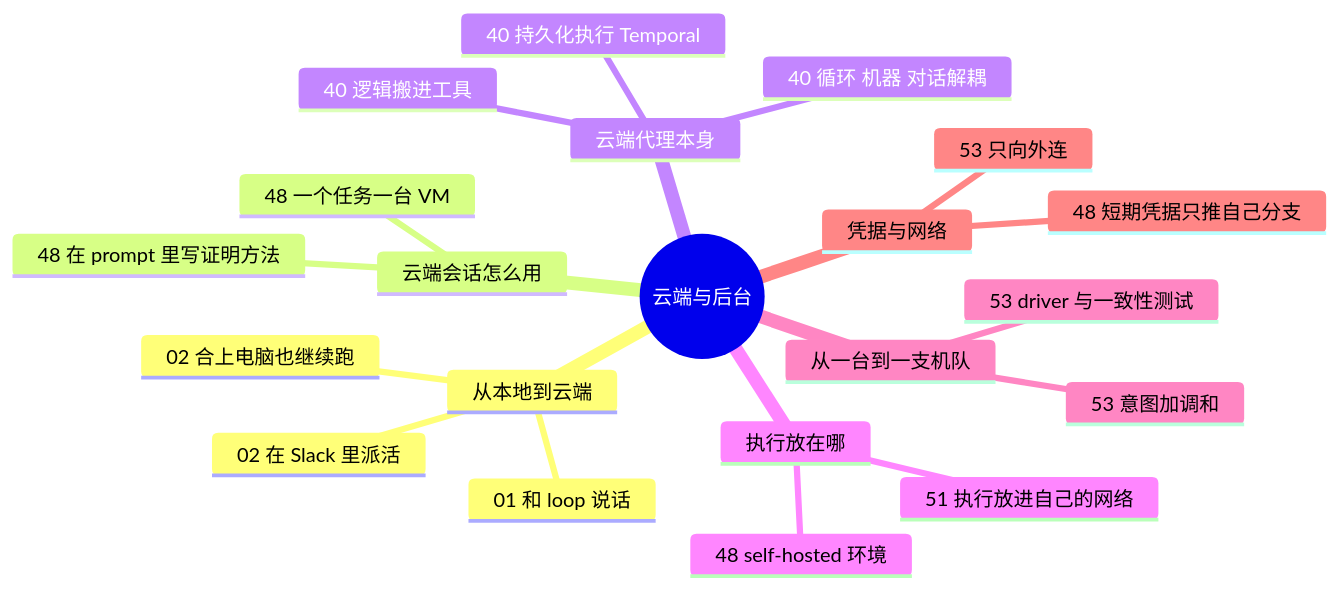
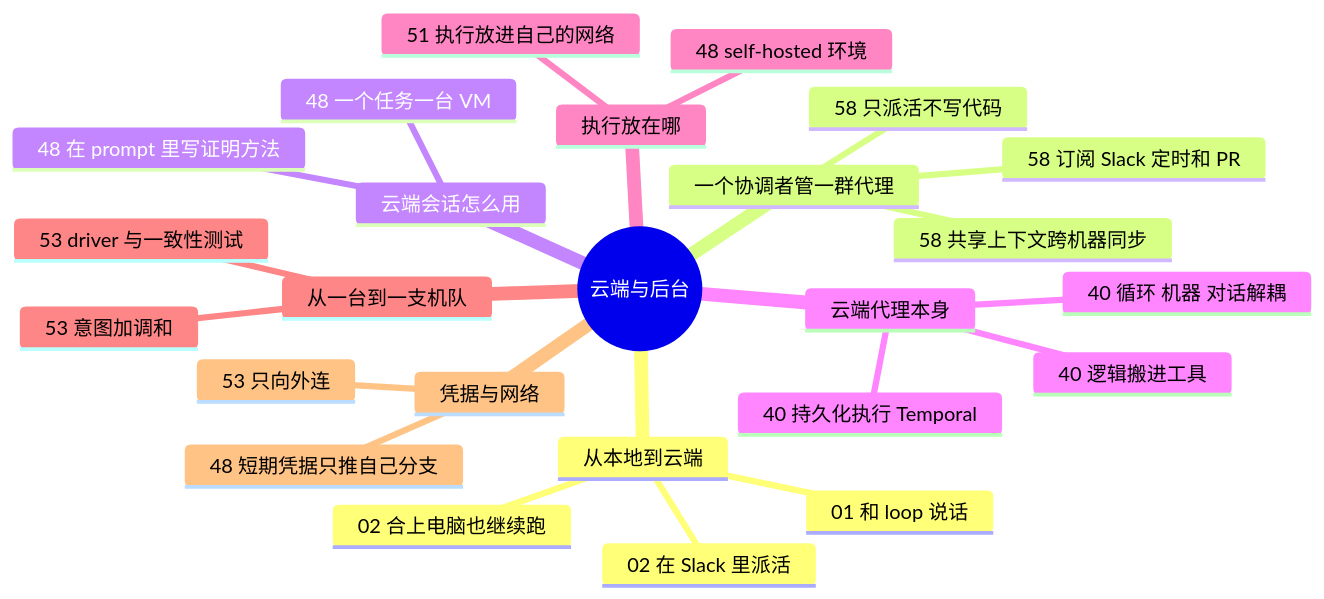
One commit to yzw7489757/ai-coding-videos changed the diagram in docs/guide/cloud.md. Above: the diagram before and after it, drawn with Mermaid. The commit also changed other lines of this file and 16 other files, not shown here.

````diff
--- a/docs/guide/cloud.md
+++ b/docs/guide/cloud.md
@@ -13,24 +13,28 @@
 ```mermaid
 mindmap
   root((云端与后台))
     从本地到云端
       01 和 loop 说话
       02 合上电脑也继续跑
       02 在 Slack 里派活
+    一个协调者管一群代理
+      58 只派活不写代码
+      58 共享上下文跨机器同步
+      58 订阅 Slack 定时和 PR
     云端会话怎么用
       48 一个任务一台 VM
       48 在 prompt 里写证明方法
     云端代理本身
       40 持久化执行 Temporal
       40 循环 机器 对话解耦
       40 逻辑搬进工具
     执行放在哪
       51 执行放进自己的网络
       48 self-hosted 环境
     从一台到一支机队
       53 意图加调和
       53 driver 与一致性测试
     凭据与网络
       48 短期凭据只推自己分支
       53 只向外连
 ```
````
